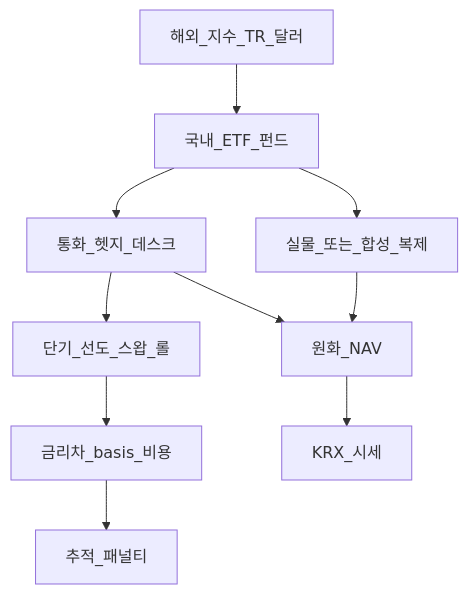
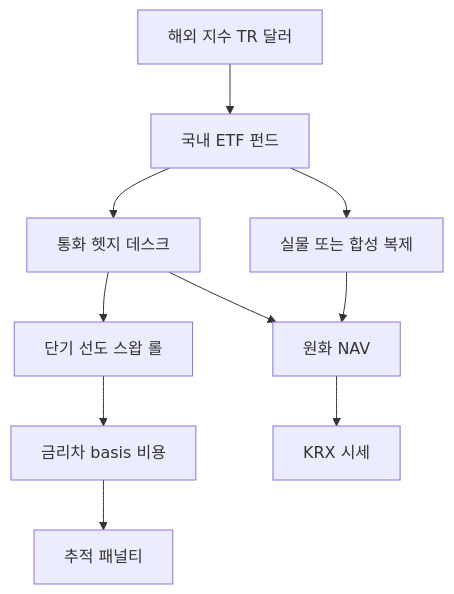
Before and after one commit to goldanghenry/Finances: the third of 5 diagrams in 03-markets/overseas-tax-fx-hedging.md, drawn with Mermaid. The commit also changed other lines of this file and 211 other files, not shown here.

````diff
--- a/03-markets/overseas-tax-fx-hedging.md
+++ b/03-markets/overseas-tax-fx-hedging.md
@@ -176,12 +182,12 @@
 ```mermaid
 flowchart TD
-  Idx[해외_지수_TR_달러] --> Fund[국내_ETF_펀드]
-  Fund --> Rep[실물_또는_합성_복제]
-  Fund --> Hedge[통화_헷지_데스크]
-  Hedge --> Fwd[단기_선도_스왑_롤]
-  Fwd --> Cost[금리차_basis_비용]
-  Cost --> TD[추적_패널티]
-  Rep --> NAV[원화_NAV]
+  Idx["해외 지수 TR 달러"] --> Fund["국내 ETF 펀드"]
+  Fund --> Rep["실물 또는 합성 복제"]
+  Fund --> Hedge["통화 헷지 데스크"]
+  Hedge --> Fwd["단기 선도 스왑 롤"]
+  Fwd --> Cost["금리차 basis 비용"]
+  Cost --> TD["추적 패널티"]
+  Rep --> NAV["원화 NAV"]
   Hedge --> NAV
-  NAV --> KRX[KRX_시세]
+  NAV --> KRX["KRX 시세"]
 ```
````
